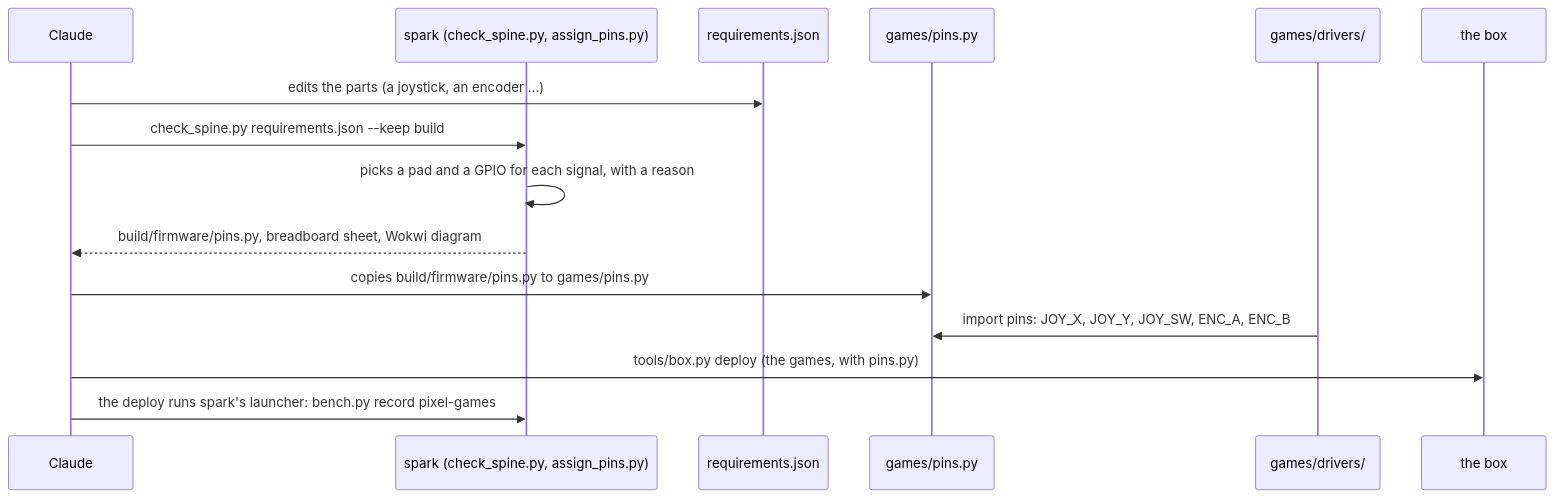
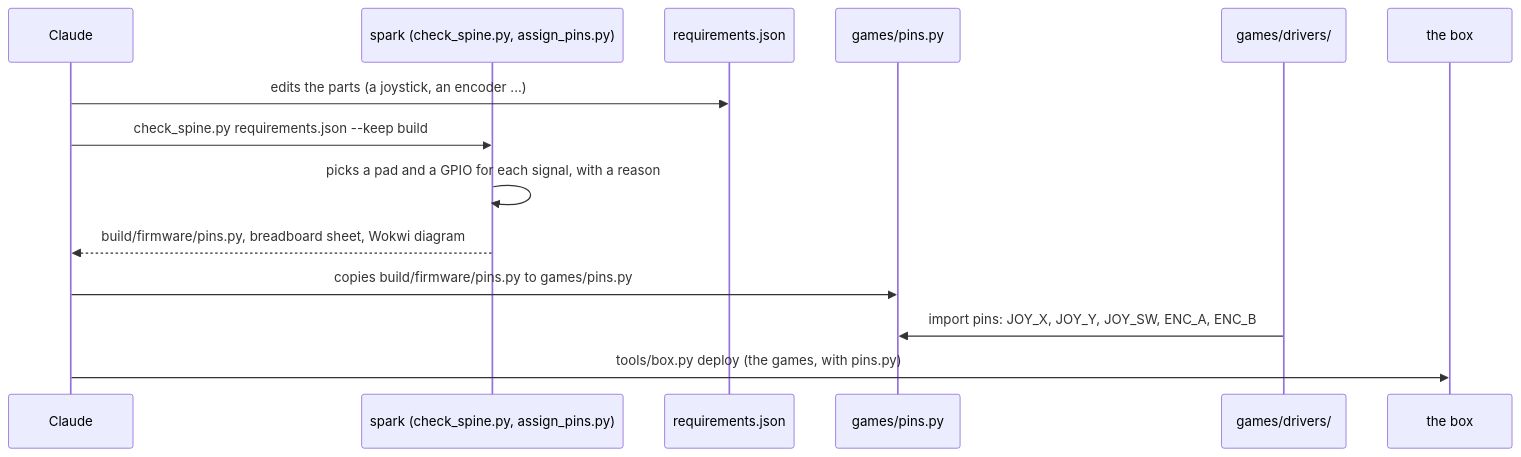
One commit to xmejkal/pixel-games changed the fourth of 5 diagrams in docs/overview.md. Above: the diagram before and after it, drawn with Mermaid. The commit also changed other lines of this file and 4 other files, not shown here.

````diff
--- a/docs/overview.md
+++ b/docs/overview.md
@@ -147,17 +147,16 @@
 ```mermaid
 sequenceDiagram
     participant C as Claude
     participant S as spark (check_spine.py, assign_pins.py)
     participant R as requirements.json
     participant P as games/pins.py
     participant D as games/drivers/
     participant B as the box
     C->>R: edits the parts (a joystick, an encoder ...)
     C->>S: check_spine.py requirements.json --keep build
     S->>S: picks a pad and a GPIO for each signal, with a reason
     S-->>C: build/firmware/pins.py, breadboard sheet, Wokwi diagram
     C->>P: copies build/firmware/pins.py to games/pins.py
     D->>P: import pins: JOY_X, JOY_Y, JOY_SW, ENC_A, ENC_B
     C->>B: tools/box.py deploy (the games, with pins.py)
-    C->>S: the deploy runs spark's launcher: bench.py record pixel-games
 ```
````
